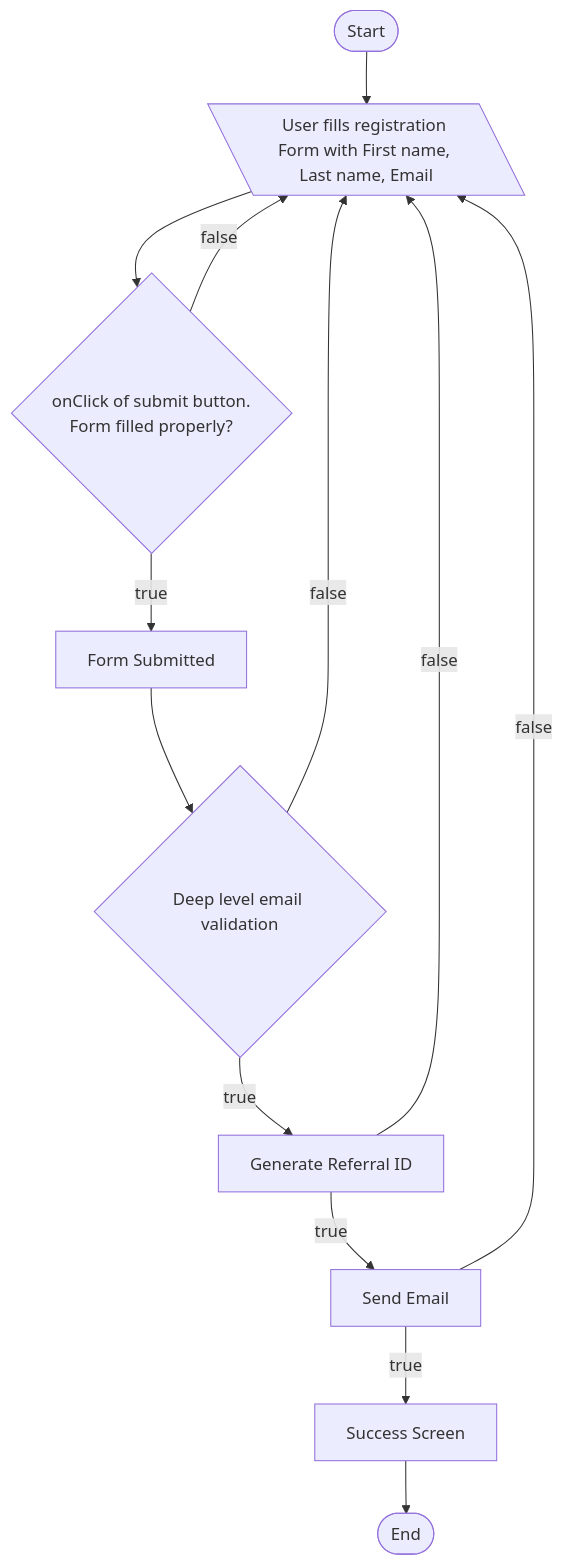
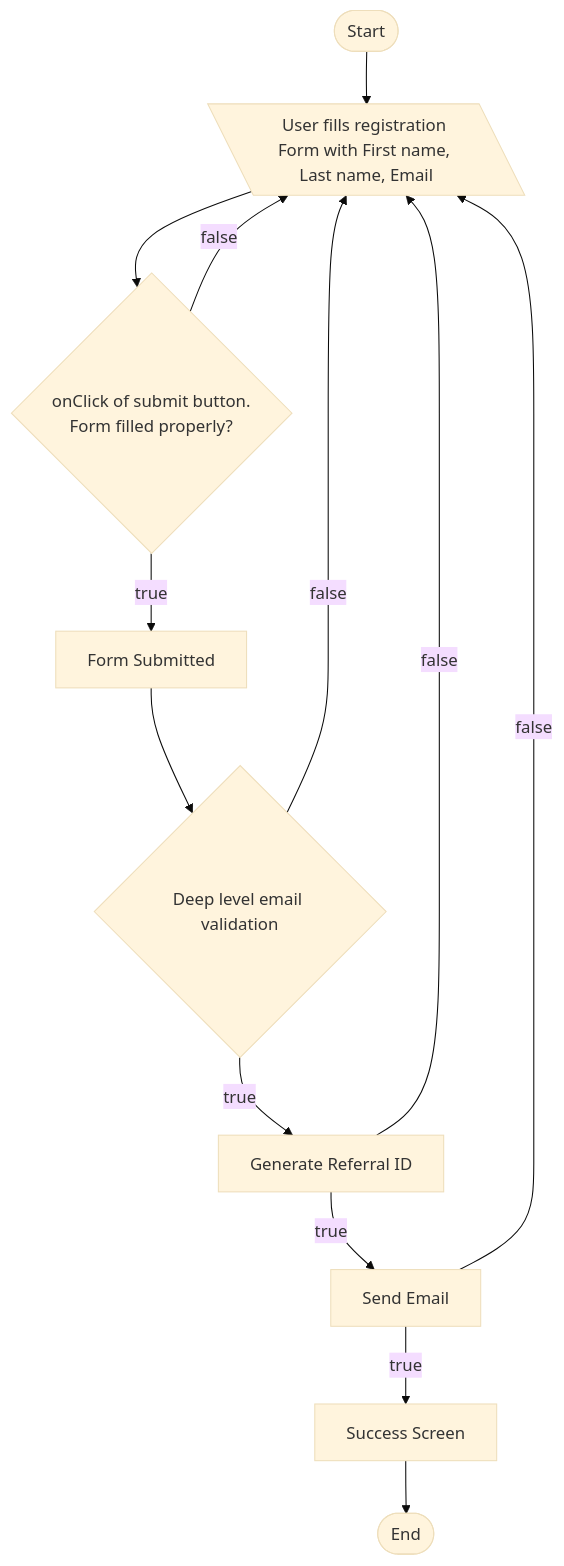
Before and after one commit to abutahermuhammad/Email-Sender: the first of 5 diagrams in doc/HLD.MD, drawn with Mermaid. The commit also changed other lines of this file and 2 other files, not shown here.

````diff
--- a/doc/HLD.MD
+++ b/doc/HLD.MD
@@ -64,16 +64,17 @@
 ```mermaid
+%%{init: {'securityLevel': 'loose', 'theme':'base'}}%%
 flowchart TD
     id1([Start]) --> id2[\User fills registration Form with First name, Last name, Email\]
     id2 --> id3{onClick of submit button. \nForm filled properly?}
     id3 --> |false| id2
     id3 --> |true| id4[Form Submitted]
     id4 --> id5{Deep level email validation}
     id5 --> |false| id2
     id5 --> |true| id6[Generate Referral ID]
     id6 --> |false| id2
     id6 --> |true| id7[Send Email]
     id7 --> |false| id2
     id7 --> |true| id8[Success Screen]
     id8 --> id9([End])
 
 ```
````
